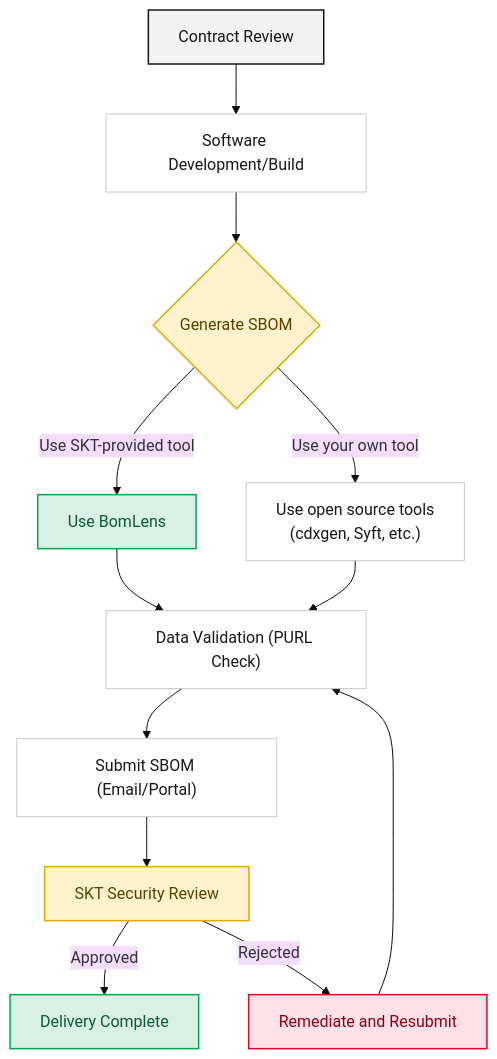
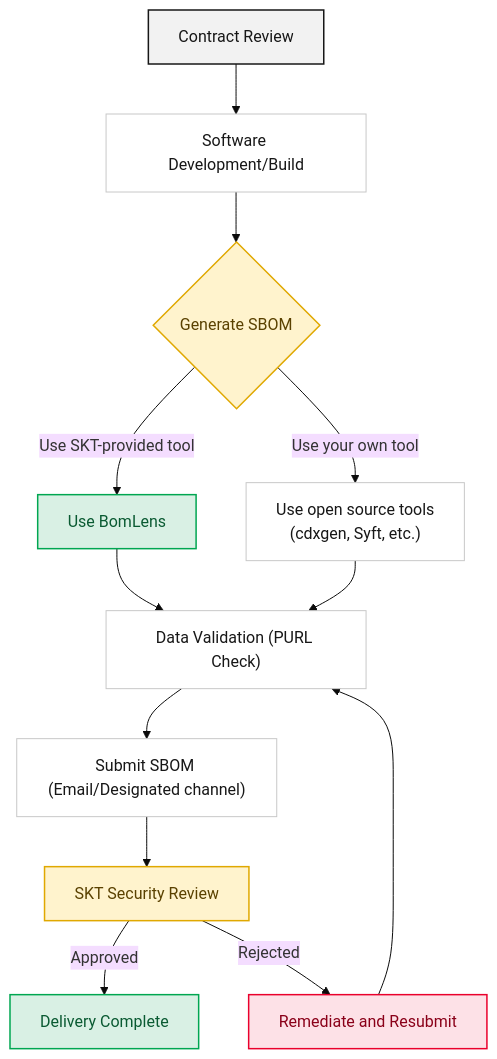
Before and after one commit to sktelecom/sktelecom.github.io: the diagram in content/en/guide/supply-chain/for-suppliers/_index.md, drawn with Mermaid (base theme). The commit also changed 5 other files, not shown here.

First line of the commit message:
docs(supply-chain): drop self-service portal from SBOM submission channels

````diff
--- a/content/en/guide/supply-chain/for-suppliers/_index.md
+++ b/content/en/guide/supply-chain/for-suppliers/_index.md
@@ -35,27 +35,27 @@
 ```mermaid
 flowchart TD
     A[Contract Review] --> B["Software Development/Build"]
     B --> C{Generate SBOM}
     C -->|Use SKT-provided tool| D[Use BomLens]
     C -->|Use your own tool| E["Use open source tools<br>(cdxgen, Syft, etc.)"]
     D --> F["Data Validation (PURL Check)"]
     E --> F
-    F --> G["Submit SBOM (Email/Portal)"]
+    F --> G["Submit SBOM (Email/Designated channel)"]
     G --> H[SKT Security Review]
     H -->|Approved| I[Delivery Complete]
     H -->|Rejected| J[Remediate and Resubmit]
     J --> F
 
     classDef start fill:#F2F2F2,stroke:#171717,color:#171717,stroke-width:1.5px
     classDef proc fill:#ffffff,stroke:#c8c8c8,color:#171717,stroke-width:1px
     classDef decision fill:#FFF3CD,stroke:#E0A800,color:#5A4100,stroke-width:1.5px
     classDef good fill:#D9F0E4,stroke:#00A651,color:#0A5A32,stroke-width:1.5px
     classDef danger fill:#FDE1E7,stroke:#EA002C,color:#8A0019,stroke-width:1.5px
 
     class A start
     class B,E,F,G proc
     class C,H decision
     class D,I good
     class J danger
 
 ```
````
